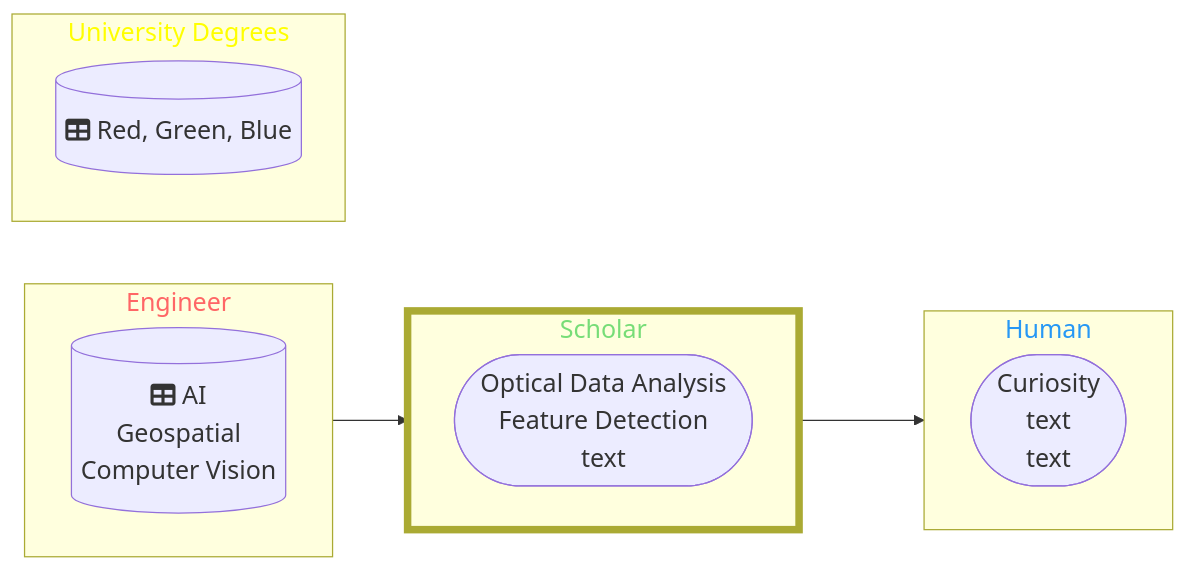
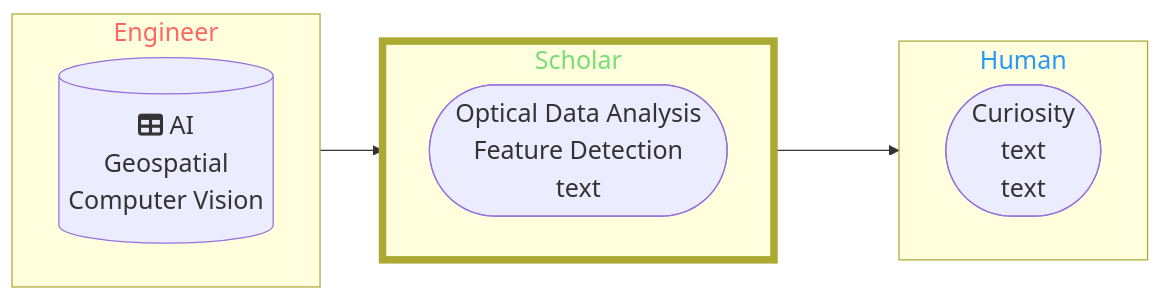
One commit to DippoldEJ/DippoldEJ changed the first of 2 diagrams in README.md. Above: the diagram before and after it, drawn with Mermaid.

````diff
--- a/README.md
+++ b/README.md
@@ -3,38 +3,33 @@
 ```mermaid
 flowchart LR;
 %%{init: {
 	'themeVariables': { 'fontSize': '20px', 'fontFamily': 'Didot'}
 	}
 }%%
 
 subgraph n[Engineer]
 direction LR;
         b[(fa:fa-table AI <br> Geospatial <br> Computer Vision)]
     end
 
 subgraph o[Scholar]
 direction LR;
         j([Optical Data Analysis <br> Feature Detection <br> text])
 
     end
 
  subgraph p[Human]
   direction LR;
     a([Curiosity <br /> text  <br />  text])
     end
 
- subgraph h[University Degrees]
-direction TD;
-        r[(fa:fa-table Red, Green, Blue)]
-    end
-
 style n color:#f66
 style o stroke-width:6px
 style o color:#77DD77
 style p color:#2798F5
-style h color:#FFFF00
+
 
 n-->o
 o-->p
 
 ```
````
